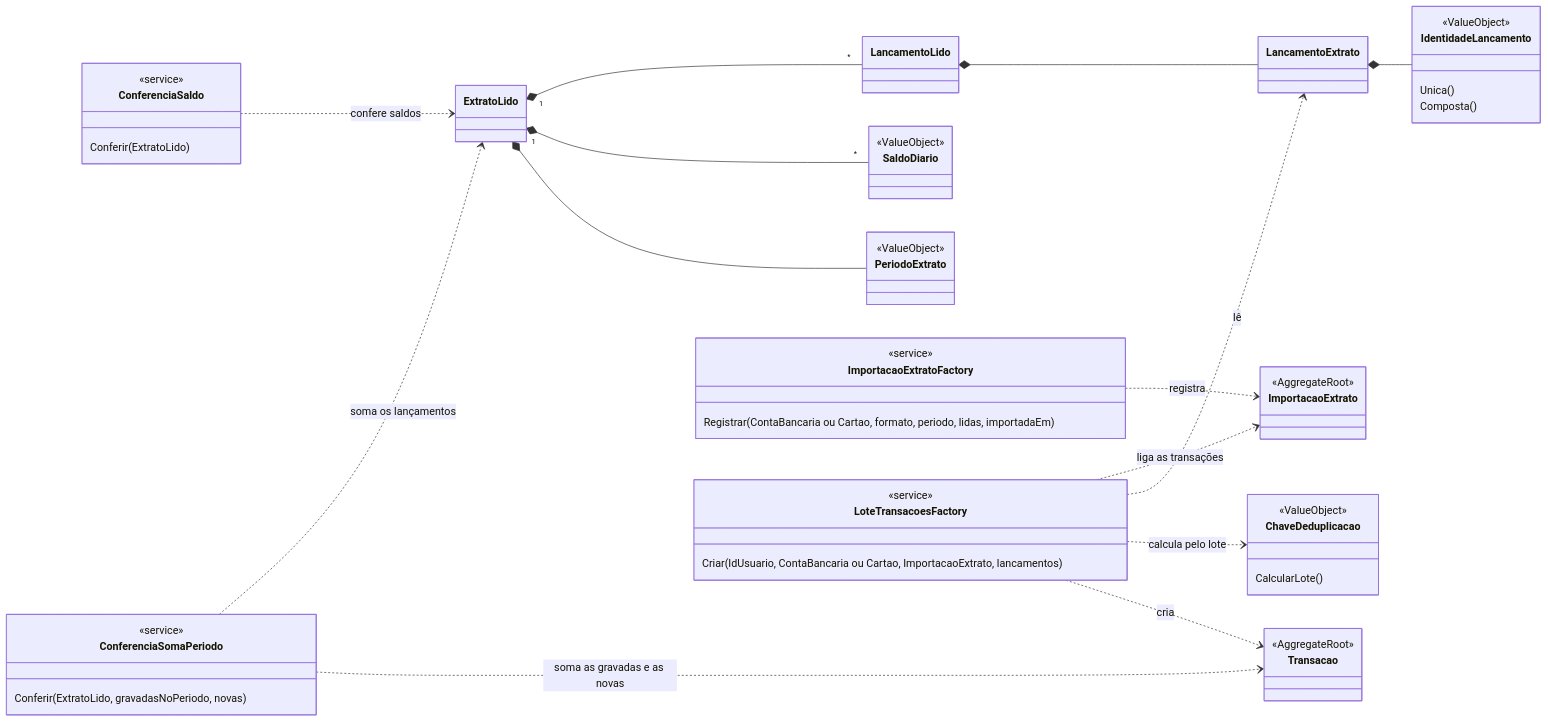
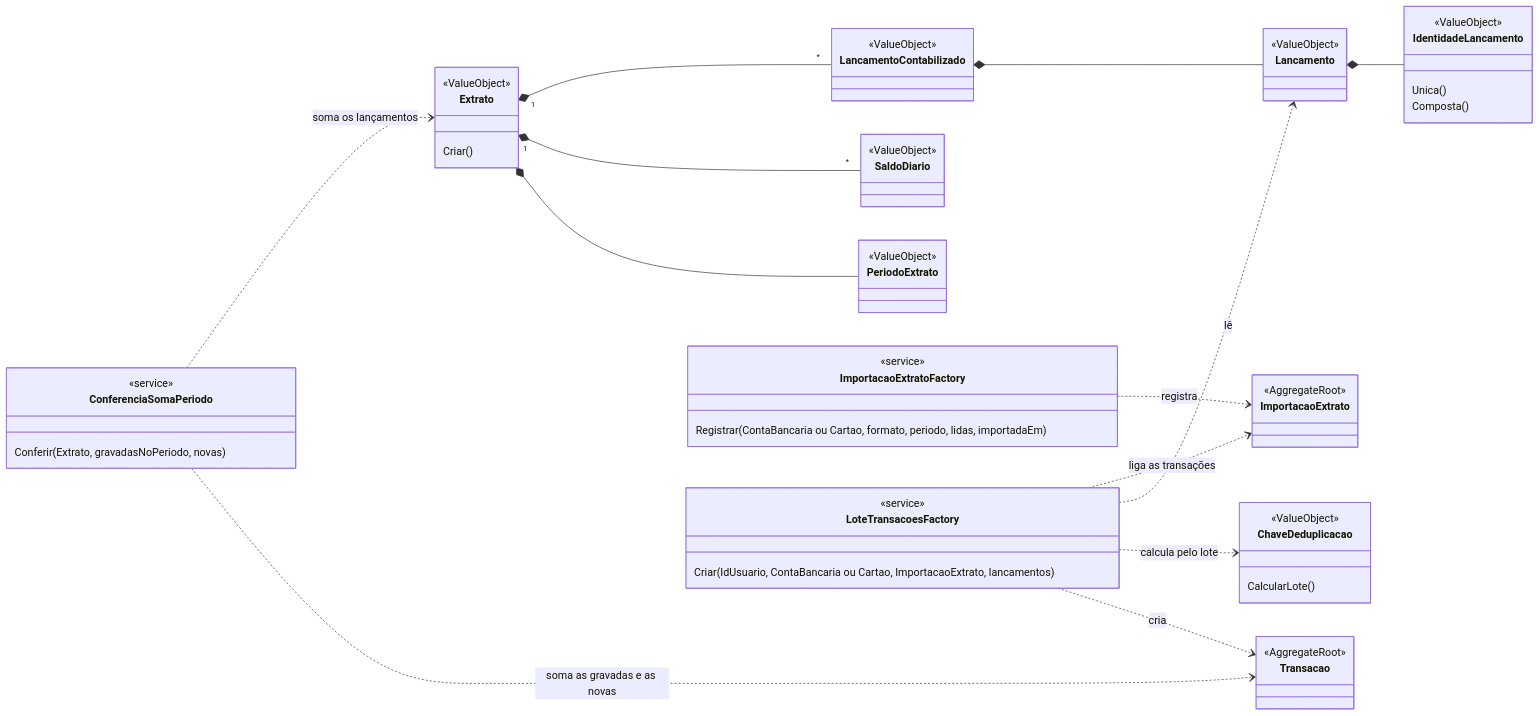
The second of 2 diagrams in docs/modelo-de-dominio.md (humbertosampaio/controle-financeiro), drawn with Mermaid before and after one commit. The commit also changed other lines of this file, not shown here.

Commit message:
docs(importacao): Retrata o extrato e os lançamentos como value objects
O diagrama da importação passa a mostrar o Extrato, o
LancamentoContabilizado e o Lancamento como value objects, com a
conferência de saldo como invariante do extrato, e a ConferenciaSaldo sai
dos serviços de domínio.

Refs #55

````diff
--- a/docs/modelo-de-dominio.md
+++ b/docs/modelo-de-dominio.md
@@ -150,59 +154,61 @@
 ```mermaid
 classDiagram
     direction LR
 
-    class ExtratoLido
-    class LancamentoLido
-    class LancamentoExtrato
+    class Extrato {
+        <<ValueObject>>
+        Criar()
+    }
+    class LancamentoContabilizado {
+        <<ValueObject>>
+    }
+    class Lancamento {
+        <<ValueObject>>
+    }
     class IdentidadeLancamento {
         <<ValueObject>>
         Unica()
         Composta()
     }
     class SaldoDiario {
         <<ValueObject>>
     }
     class PeriodoExtrato {
         <<ValueObject>>
     }
     class ChaveDeduplicacao {
         <<ValueObject>>
         CalcularLote()
     }
-    class ConferenciaSaldo {
-        <<service>>
-        Conferir(ExtratoLido)
-    }
     class ConferenciaSomaPeriodo {
         <<service>>
-        Conferir(ExtratoLido, gravadasNoPeriodo, novas)
+        Conferir(Extrato, gravadasNoPeriodo, novas)
     }
     class ImportacaoExtratoFactory {
         <<service>>
         Registrar(ContaBancaria ou Cartao, formato, periodo, lidas, importadaEm)
     }
     class LoteTransacoesFactory {
         <<service>>
         Criar(IdUsuario, ContaBancaria ou Cartao, ImportacaoExtrato, lancamentos)
     }
     class ImportacaoExtrato {
         <<AggregateRoot>>
     }
     class Transacao {
         <<AggregateRoot>>
     }
 
-    ExtratoLido "1" *-- "*" LancamentoLido
-    ExtratoLido "1" *-- "*" SaldoDiario
-    ExtratoLido *-- PeriodoExtrato
-    LancamentoLido *-- LancamentoExtrato
-    LancamentoExtrato *-- IdentidadeLancamento
-    ConferenciaSaldo ..> ExtratoLido : confere saldos
-    ConferenciaSomaPeriodo ..> ExtratoLido : soma os lançamentos
+    Extrato "1" *-- "*" LancamentoContabilizado
+    Extrato "1" *-- "*" SaldoDiario
+    Extrato *-- PeriodoExtrato
+    LancamentoContabilizado *-- Lancamento
+    Lancamento *-- IdentidadeLancamento
+    ConferenciaSomaPeriodo ..> Extrato : soma os lançamentos
     ConferenciaSomaPeriodo ..> Transacao : soma as gravadas e as novas
     ImportacaoExtratoFactory ..> ImportacaoExtrato : registra
     LoteTransacoesFactory ..> ImportacaoExtrato : liga as transações
-    LoteTransacoesFactory ..> LancamentoExtrato : lê
+    LoteTransacoesFactory ..> Lancamento : lê
     LoteTransacoesFactory ..> ChaveDeduplicacao : calcula pelo lote
     LoteTransacoesFactory ..> Transacao : cria
 ```
````
